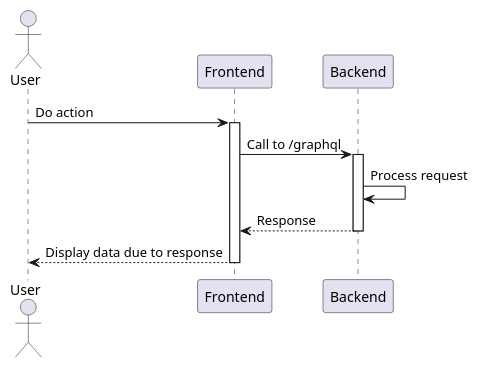
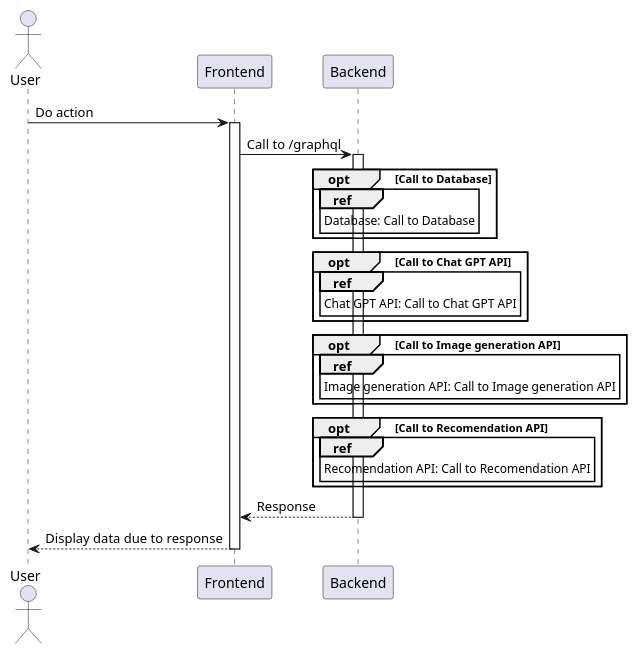
Before and after one commit to kambed/FoodzillaArchitecture: the first of 5 diagrams in SequenceDiagrams.md, drawn with PlantUML.

Commit message:
#6 Add opts on sequence diagram

````diff
--- a/SequenceDiagrams.md
+++ b/SequenceDiagrams.md
@@ -3,15 +3,34 @@
 ```plantuml
 @startuml
 actor User
 participant Frontend
 participant Backend
 
 User -> Frontend: Do action
 activate Frontend
 Frontend -> Backend: Call to /graphql
 activate Backend
-Backend -> Backend: Process request
+opt Call to Database
+    ref over Backend
+        Database: Call to Database
+    end
+end
+opt Call to Chat GPT API
+    ref over Backend
+        Chat GPT API: Call to Chat GPT API
+    end
+end
+opt Call to Image generation API
+    ref over Backend
+        Image generation API: Call to Image generation API
+    end
+end
+opt Call to Recomendation API
+    ref over Backend
+        Recomendation API: Call to Recomendation API
+    end
+end
 return Response
 return Display data due to response
 @enduml
 ```
````
